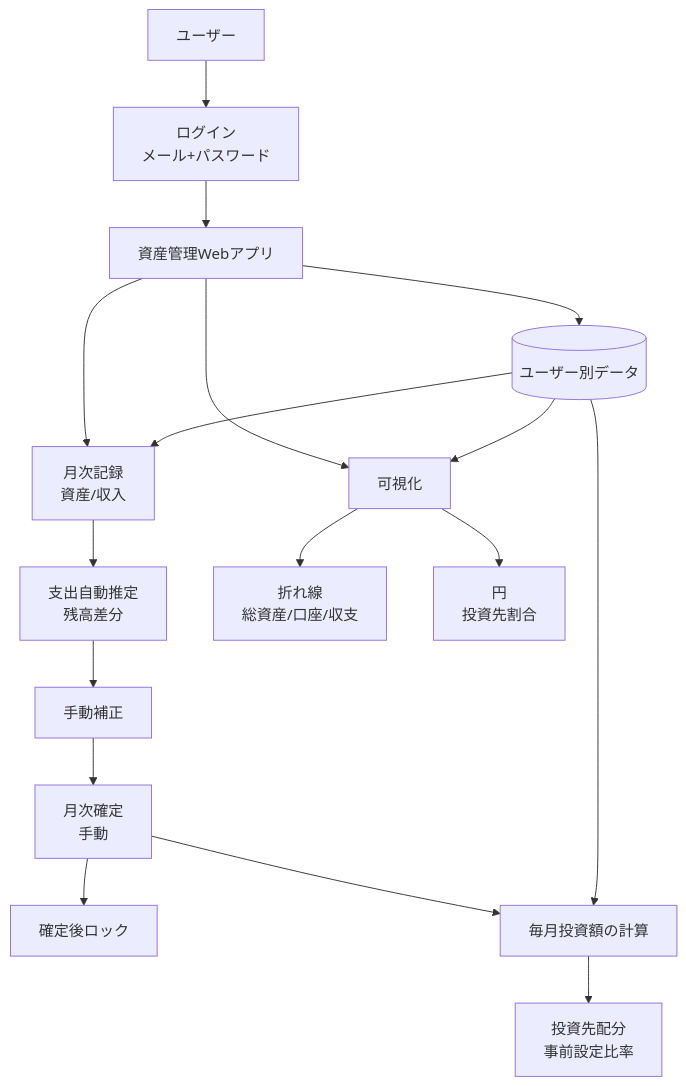
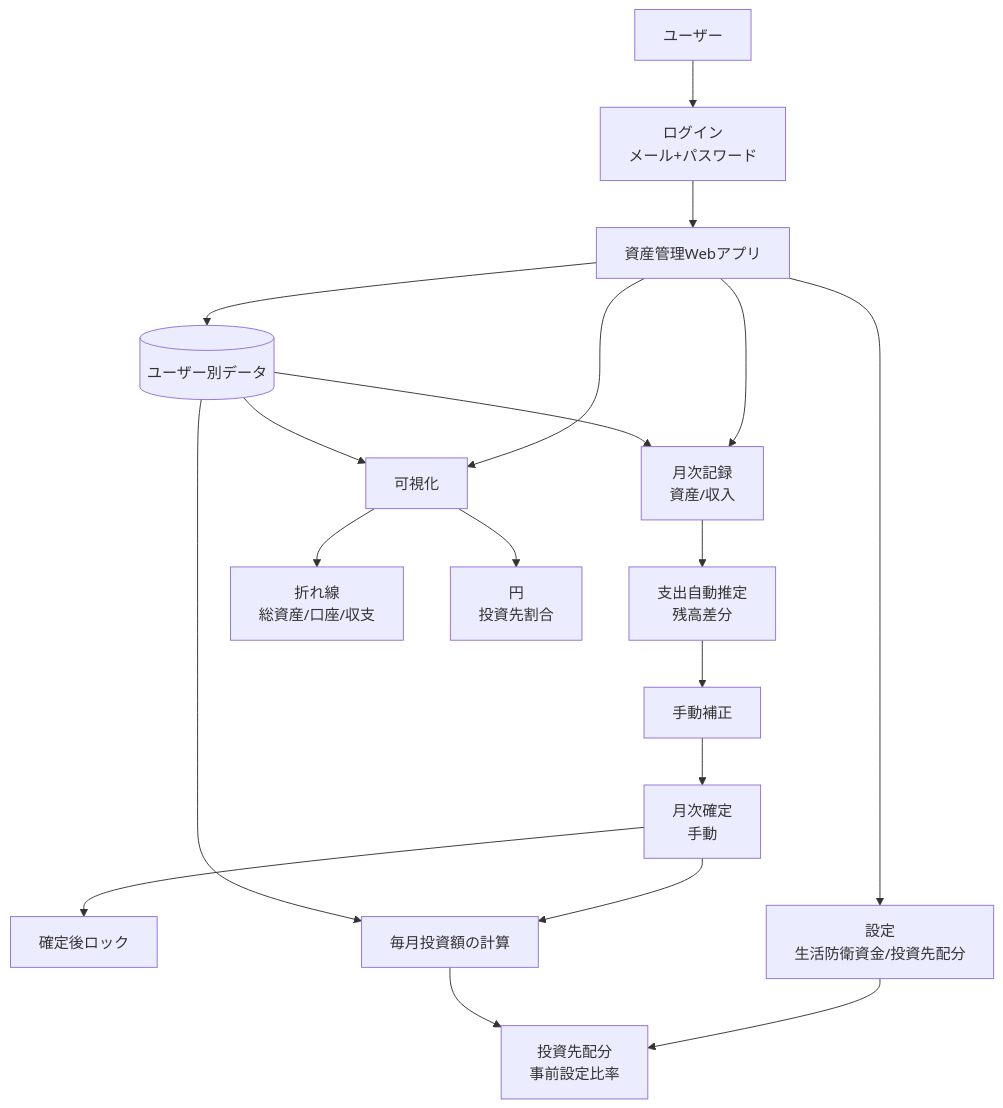
One commit to ogihaya/asset-management-ver3 changed the diagram in docs/requirements/public/OVERVIEW.md. Above: the diagram before and after it, drawn with Mermaid. The commit also changed other lines of this file and 1 other file, not shown here.

````diff
--- a/docs/requirements/public/OVERVIEW.md
+++ b/docs/requirements/public/OVERVIEW.md
@@ -26,19 +27,21 @@
 ```mermaid
 graph TD
     U[ユーザー] --> L[ログイン<br/>メール+パスワード]
     L --> A[資産管理Webアプリ]
     A --> D[(ユーザー別データ)]
     A --> R[月次記録<br/>資産/収入]
     R --> E[支出自動推定<br/>残高差分]
     E --> M[手動補正]
     M --> C[月次確定<br/>手動]
     C --> K[確定後ロック]
     C --> I[毎月投資額の計算]
-    I --> P[投資先配分<br/>事前設定比率]
+    A --> S[設定<br/>生活防衛資金/投資先配分]
+    S --> P[投資先配分<br/>事前設定比率]
+    I --> P
     A --> V[可視化]
     V --> G1[折れ線<br/>総資産/口座/収支]
     V --> G2[円<br/>投資先割合]
     D --> R
     D --> I
     D --> V
 ```
````
